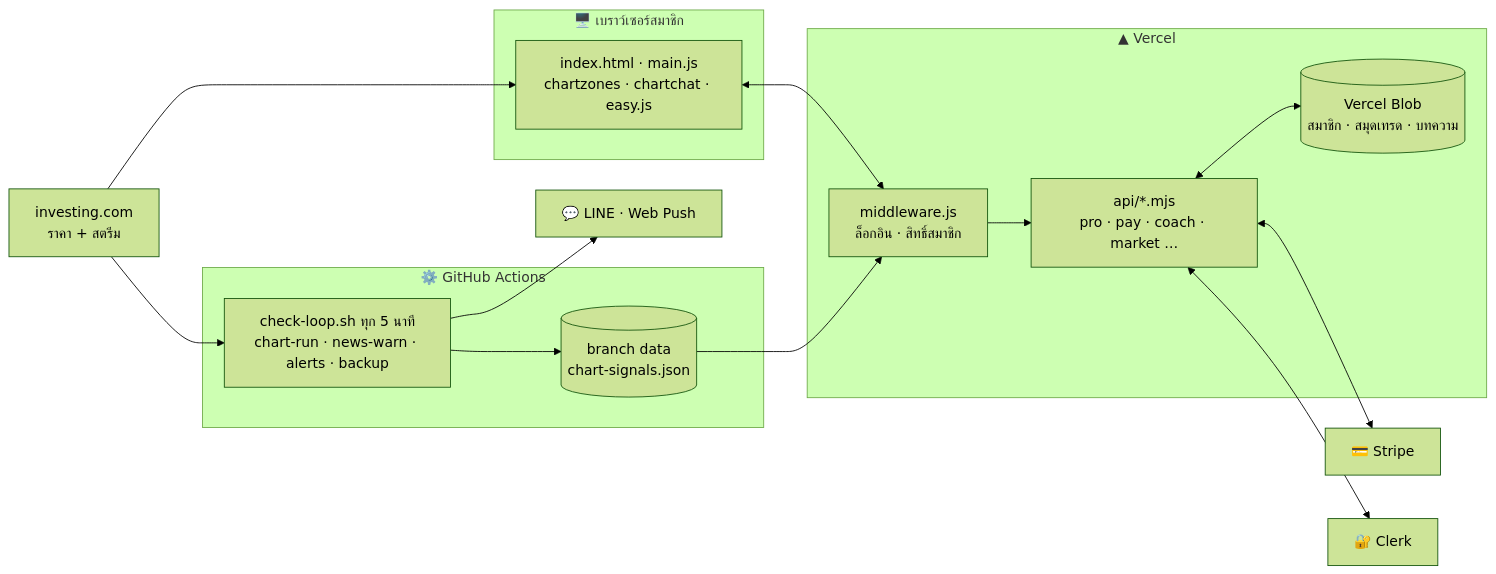
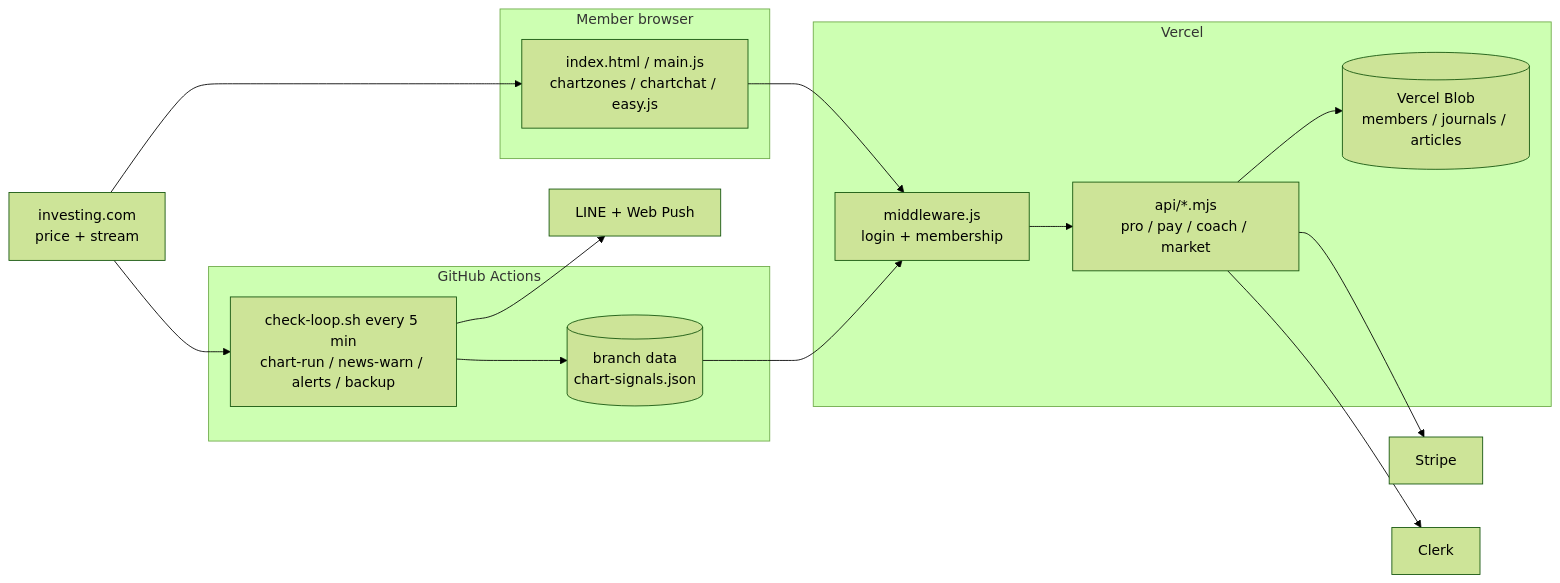
One commit to tanakrthum254614-max/gold-signal changed the diagram in README.md. Above: the diagram before and after it, drawn with Mermaid (forest theme).

Commit message:
README: simpler Mermaid diagram (renders on GitHub)

````diff
--- a/README.md
+++ b/README.md
@@ -55,22 +55,26 @@
 ```mermaid
 flowchart LR
-  subgraph Browser["🖥️ เบราว์เซอร์สมาชิก"]
-    UI["index.html · main.js<br/>chartzones · chartchat · easy.js"]
+  INV["investing.com<br/>price + stream"]
+  subgraph B["Member browser"]
+    UI["index.html / main.js<br/>chartzones / chartchat / easy.js"]
   end
-  subgraph Vercel["▲ Vercel"]
-    MW["middleware.js<br/>ล็อกอิน · สิทธิ์สมาชิก"]
-    API["api/*.mjs<br/>pro · pay · coach · market …"]
-    BLOB[("Vercel Blob<br/>สมาชิก · สมุดเทรด · บทความ")]
+  subgraph V["Vercel"]
+    MW["middleware.js<br/>login + membership"]
+    API["api/*.mjs<br/>pro / pay / coach / market"]
+    BLOB[("Vercel Blob<br/>members / journals / articles")]
   end
-  subgraph GH["⚙️ GitHub Actions"]
-    LOOP["check-loop.sh ทุก 5 นาที<br/>chart-run · news-warn · alerts · backup"]
+  subgraph G["GitHub Actions"]
+    LOOP["check-loop.sh every 5 min<br/>chart-run / news-warn / alerts / backup"]
     DATA[("branch data<br/>chart-signals.json")]
   end
-  INV["investing.com<br/>ราคา + สตรีม"] --> UI
+  INV --> UI
   INV --> LOOP
-  UI <--> MW --> API <--> BLOB
-  LOOP --> DATA --> MW
-  LOOP --> LINE["💬 LINE · Web Push"]
-  API <--> STRIPE["💳 Stripe"]
-  API <--> CLERK["🔐 Clerk"]
+  UI --> MW
+  MW --> API
+  API --> BLOB
+  LOOP --> DATA
+  DATA --> MW
+  LOOP --> LINE["LINE + Web Push"]
+  API --> STRIPE["Stripe"]
+  API --> CLERK["Clerk"]
 ```
````
